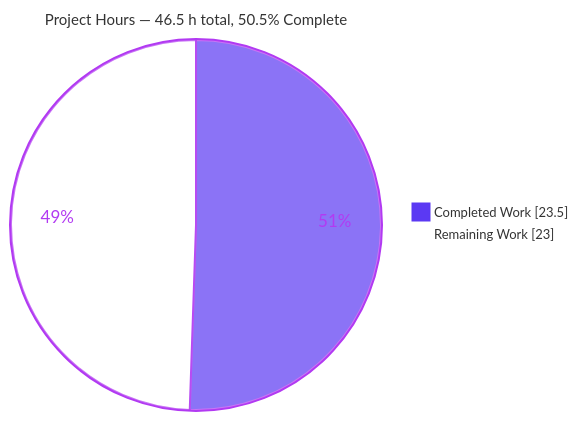
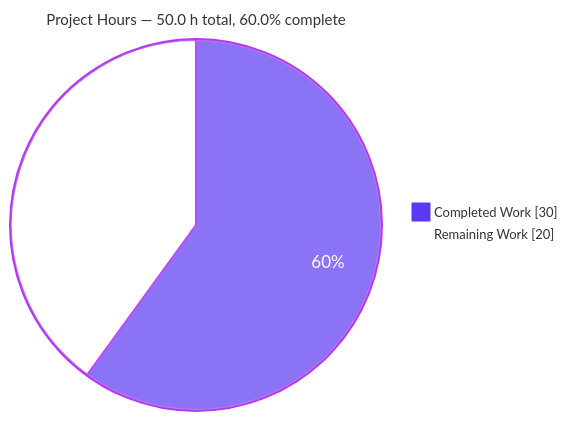
Before and after one commit to blitzy-public-samples/hello-world2-0r6b4x: the second of 4 diagrams in blitzy/documentation/Project Guide.md, drawn with Mermaid. The commit also changed other lines of this file, not shown here.

Commit message:
Adding Blitzy Project Guide: Project Status and Human Tasks Remaining

````diff
--- a/blitzy/documentation/Project Guide.md
+++ b/blitzy/documentation/Project Guide.md
@@ -281,6 +306,6 @@
 ```mermaid
-%%{init: {"theme":"base","themeVariables":{"pie1":"#5B39F3","pie2":"#FFFFFF","pieStrokeColor":"#B23AF2","pieOuterStrokeColor":"#B23AF2","pieSectionTextColor":"#B23AF2","pieTitleTextSize":"15px","pieLegendTextSize":"13px"}}}%%
-pie showData title Project Hours — 46.5 h total, 50.5% Complete
-    "Completed Work" : 23.5
-    "Remaining Work" : 23.0
+%%{init: {"theme":"base","themeVariables":{"pie1":"#5B39F3","pie2":"#FFFFFF","pieStrokeColor":"#B23AF2","pieStrokeWidth":"2px","pieOuterStrokeColor":"#B23AF2","pieOuterStrokeWidth":"2px","pieSectionTextColor":"#FFFFFF","pieTitleTextSize":"15px","pieLegendTextSize":"13px"}}}%%
+pie showData title Project Hours — 50.0 h total, 60.0% complete
+    "Completed Work" : 30
+    "Remaining Work" : 20
 ```
````
